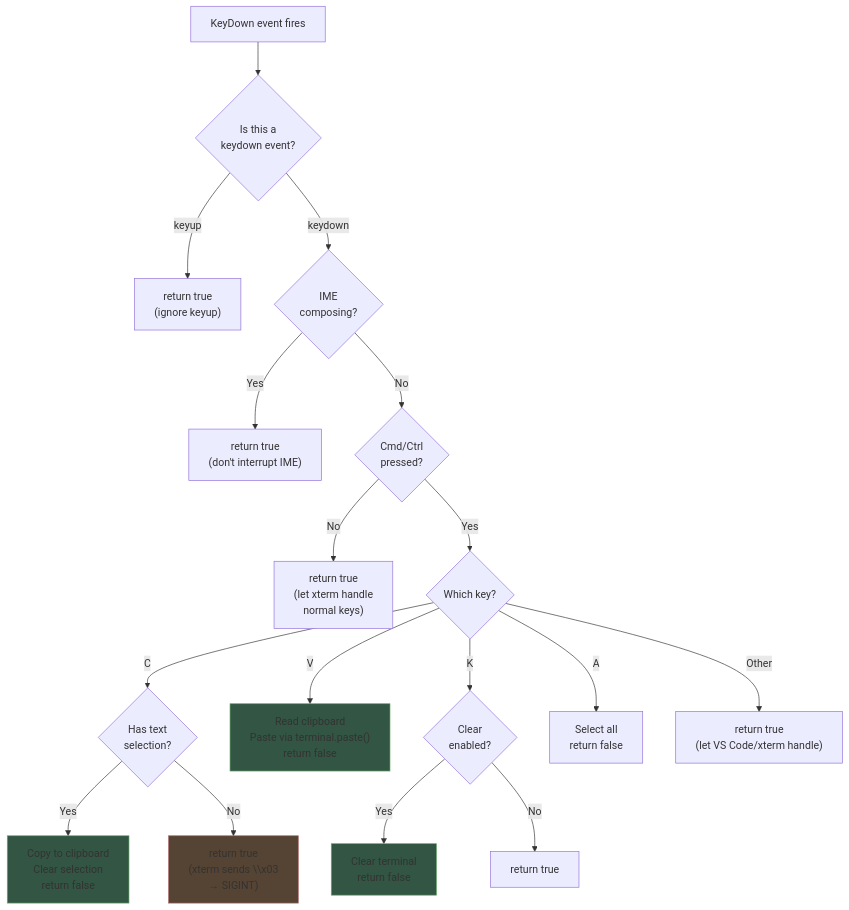
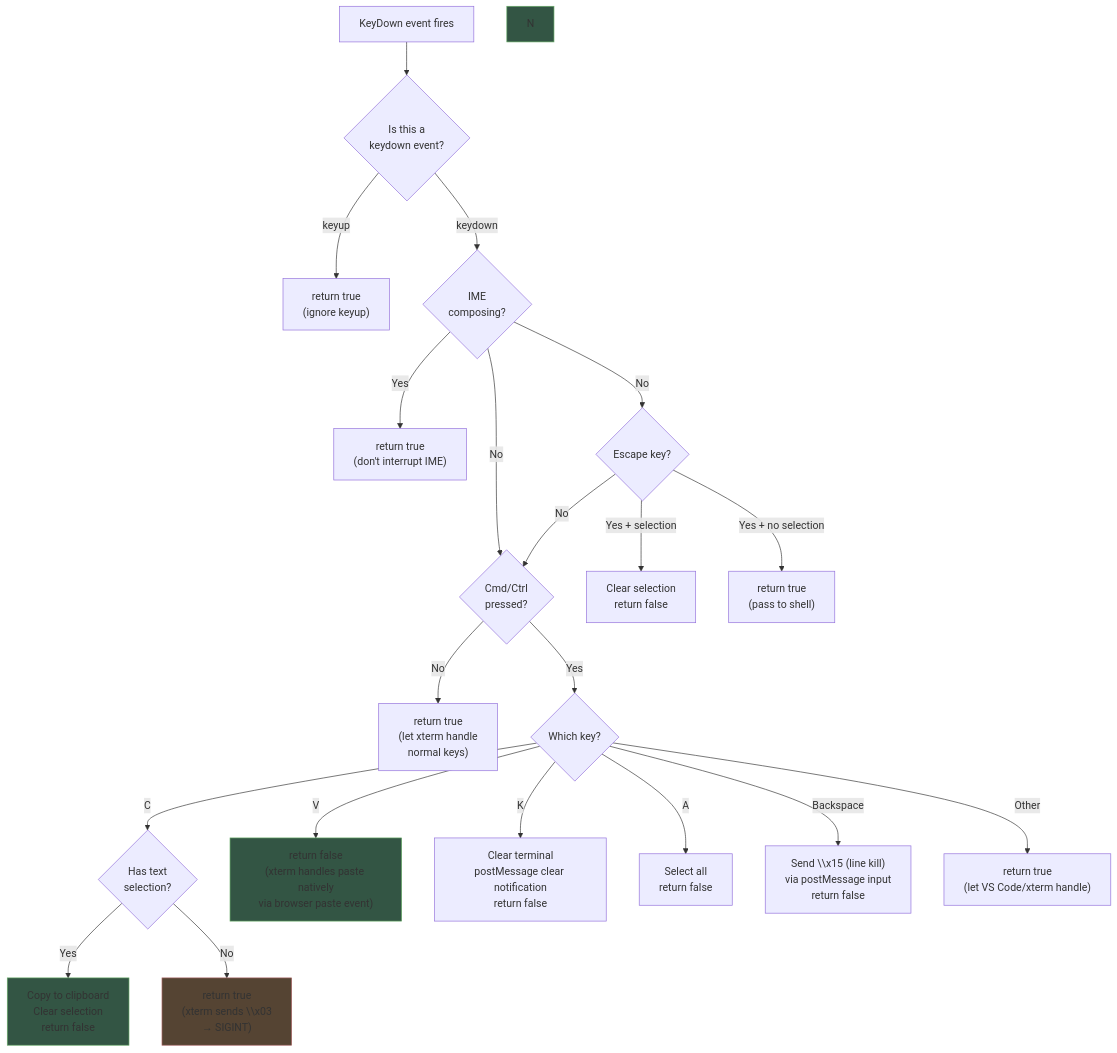
Before and after one commit to huybuidac/anywhere-terminal: the first of 7 diagrams in docs/design/keyboard-input.md, drawn with Mermaid. The commit also changed other lines of this file and 46 other files, not shown here.

Commit message:
refactor: extract terminal factory, split renderer, and flow control into dedicated modules, reducing main.ts to a composition root, and add new webview tests.

````diff
--- a/docs/design/keyboard-input.md
+++ b/docs/design/keyboard-input.md
@@ -24,29 +24,34 @@
 ```mermaid
 flowchart TD
     A["KeyDown event fires"] --> B{"Is this a\nkeydown event?"}
     B -->|"keyup"| C["return true\n(ignore keyup)"]
     B -->|"keydown"| D{"IME\ncomposing?"}
     D -->|"Yes"| E["return true\n(don't interrupt IME)"]
     D -->|"No"| F{"Cmd/Ctrl\npressed?"}
     F -->|"No"| G["return true\n(let xterm handle\nnormal keys)"]
     F -->|"Yes"| H{"Which key?"}
 
     H -->|"C"| I{"Has text\nselection?"}
     I -->|"Yes"| J["Copy to clipboard\nClear selection\nreturn false"]
     I -->|"No"| K["return true\n(xterm sends \\x03\n→ SIGINT)"]
 
-    H -->|"V"| L["Read clipboard\nPaste via terminal.paste()\nreturn false"]
+    H -->|"V"| L["return false\n(xterm handles paste natively\nvia browser paste event)"]
 
-    H -->|"K"| M{"Clear\nenabled?"}
-    M -->|"Yes"| N["Clear terminal\nreturn false"]
-    M -->|"No"| O["return true"]
+    H -->|"K"| M["Clear terminal\npostMessage clear notification\nreturn false"]
 
     H -->|"A"| P["Select all\nreturn false"]
 
+    H -->|"Backspace"| R["Send \\x15 (line kill)\nvia postMessage input\nreturn false"]
+
     H -->|"Other"| Q["return true\n(let VS Code/xterm handle)"]
+
+    D -->|"No"| S{"Escape key?"}
+    S -->|"Yes + selection"| T["Clear selection\nreturn false"]
+    S -->|"Yes + no selection"| U["return true\n(pass to shell)"]
+    S -->|"No"| F
 
     style J fill:#354,stroke:#6a6
     style K fill:#543,stroke:#a66
     style L fill:#354,stroke:#6a6
     style N fill:#354,stroke:#6a6
 ```
````
